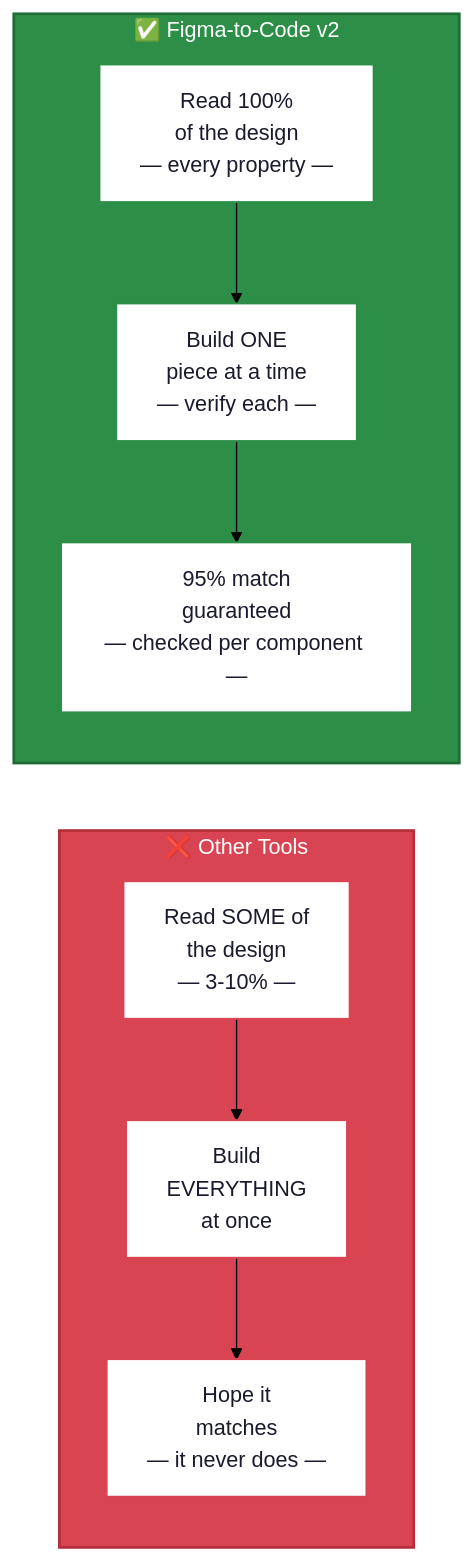
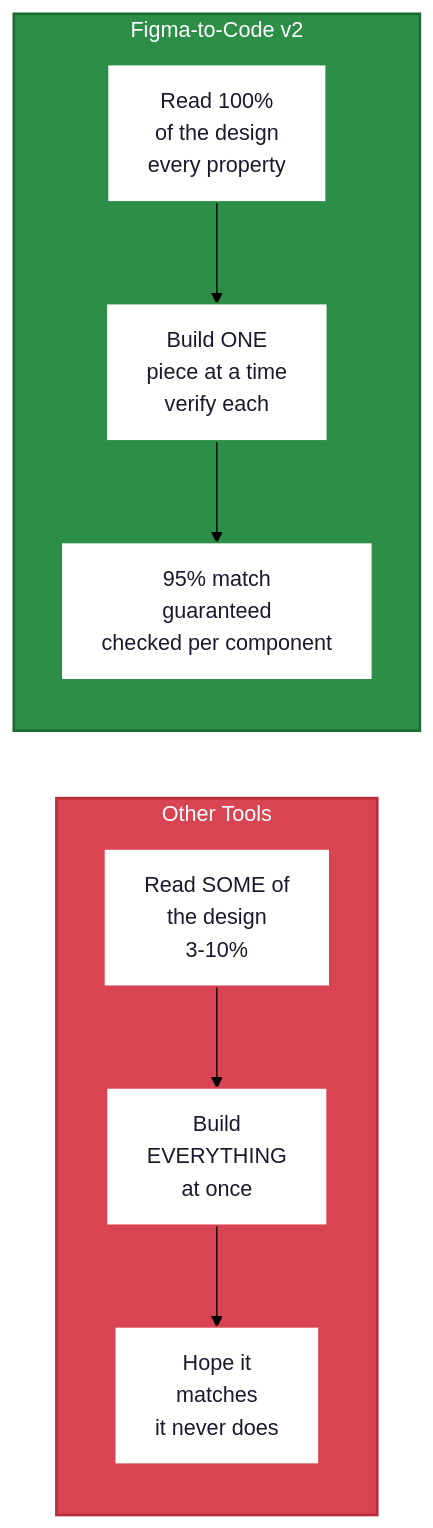
One commit to bazingga08/figma-to-code changed the sixth of 10 diagrams in README.md. Above: the diagram before and after it, drawn with Mermaid (forest theme). The commit also changed other lines of this file, not shown here.

First line of the commit message:
fix: remove emojis from Mermaid diagrams to fix GitHub 500 error

````diff
--- a/README.md
+++ b/README.md
@@ -218,21 +218,21 @@
 ```mermaid
 flowchart LR
-    subgraph OLD ["❌ Other Tools"]
+    subgraph OLD [Other Tools]
         direction TB
-        O1["Read SOME of\nthe design\n— 3-10% —"] --> O2["Build\nEVERYTHING\nat once"] --> O3["Hope it\nmatches\n— it never does —"]
+        O1[Read SOME of<br/>the design<br/>3-10%] --> O2[Build<br/>EVERYTHING<br/>at once] --> O3[Hope it<br/>matches<br/>it never does]
     end
 
-    subgraph NEW ["✅ Figma-to-Code v2"]
+    subgraph NEW [Figma-to-Code v2]
         direction TB
-        N1["Read 100%\nof the design\n— every property —"] --> N2["Build ONE\npiece at a time\n— verify each —"] --> N3["95% match\nguaranteed\n— checked per component —"]
+        N1[Read 100%<br/>of the design<br/>every property] --> N2[Build ONE<br/>piece at a time<br/>verify each] --> N3[95% match<br/>guaranteed<br/>checked per component]
     end
 
     style OLD fill:#D94452,color:#ffffff,stroke:#b52d3a,stroke-width:2px
     style NEW fill:#2D8E47,color:#ffffff,stroke:#1e6b33,stroke-width:2px
     style O1 fill:#ffffff,color:#1a1a2e,stroke:#D94452,stroke-width:1.5px
     style O2 fill:#ffffff,color:#1a1a2e,stroke:#D94452,stroke-width:1.5px
     style O3 fill:#ffffff,color:#1a1a2e,stroke:#D94452,stroke-width:1.5px
     style N1 fill:#ffffff,color:#1a1a2e,stroke:#2D8E47,stroke-width:1.5px
     style N2 fill:#ffffff,color:#1a1a2e,stroke:#2D8E47,stroke-width:1.5px
     style N3 fill:#ffffff,color:#1a1a2e,stroke:#2D8E47,stroke-width:1.5px
 ```
````
